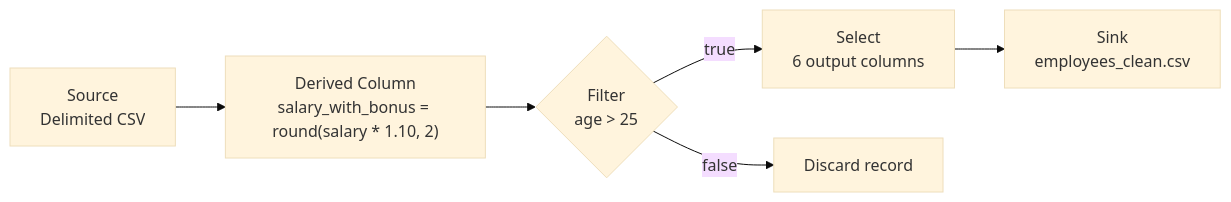
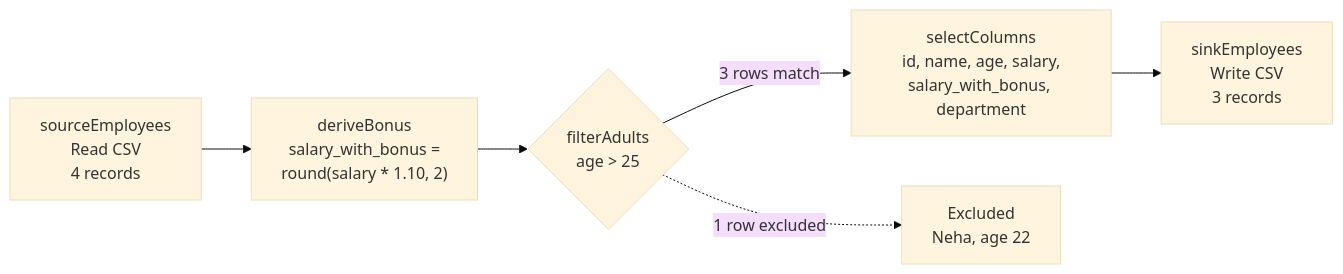
The second of 3 diagrams in docs/ARCHITECTURE.md (atulkamble/Azure-Data-Factory-DataFlow-Project), drawn with Mermaid (base theme) before and after one commit. The commit also changed other lines of this file, not shown here.

Commit message:
Correct ADF architecture, transformation and execution diagrams

````diff
--- a/docs/ARCHITECTURE.md
+++ b/docs/ARCHITECTURE.md
@@ -16,8 +32,14 @@
 ```mermaid
 flowchart LR
-    S["Source<br/>Delimited CSV"] --> D["Derived Column<br/>salary_with_bonus = round(salary * 1.10, 2)"]
-    D --> F{"Filter<br/>age > 25"}
-    F -->|"true"| C["Select<br/>6 output columns"]
-    F -->|"false"| X["Discard record"]
-    C --> K["Sink<br/>employees_clean.csv"]
+    S["sourceEmployees<br/>Read CSV<br/>4 records"]
+    D["deriveBonus<br/>salary_with_bonus =<br/>round(salary * 1.10, 2)"]
+    F{"filterAdults<br/>age > 25"}
+    C["selectColumns<br/>id, name, age, salary,<br/>salary_with_bonus, department"]
+    K["sinkEmployees<br/>Write CSV<br/>3 records"]
+    X["Excluded<br/>Neha, age 22"]
+
+    S --> D --> F
+    F -->|"3 rows match"| C
+    F -.->|"1 row excluded"| X
+    C --> K
 ```
````
